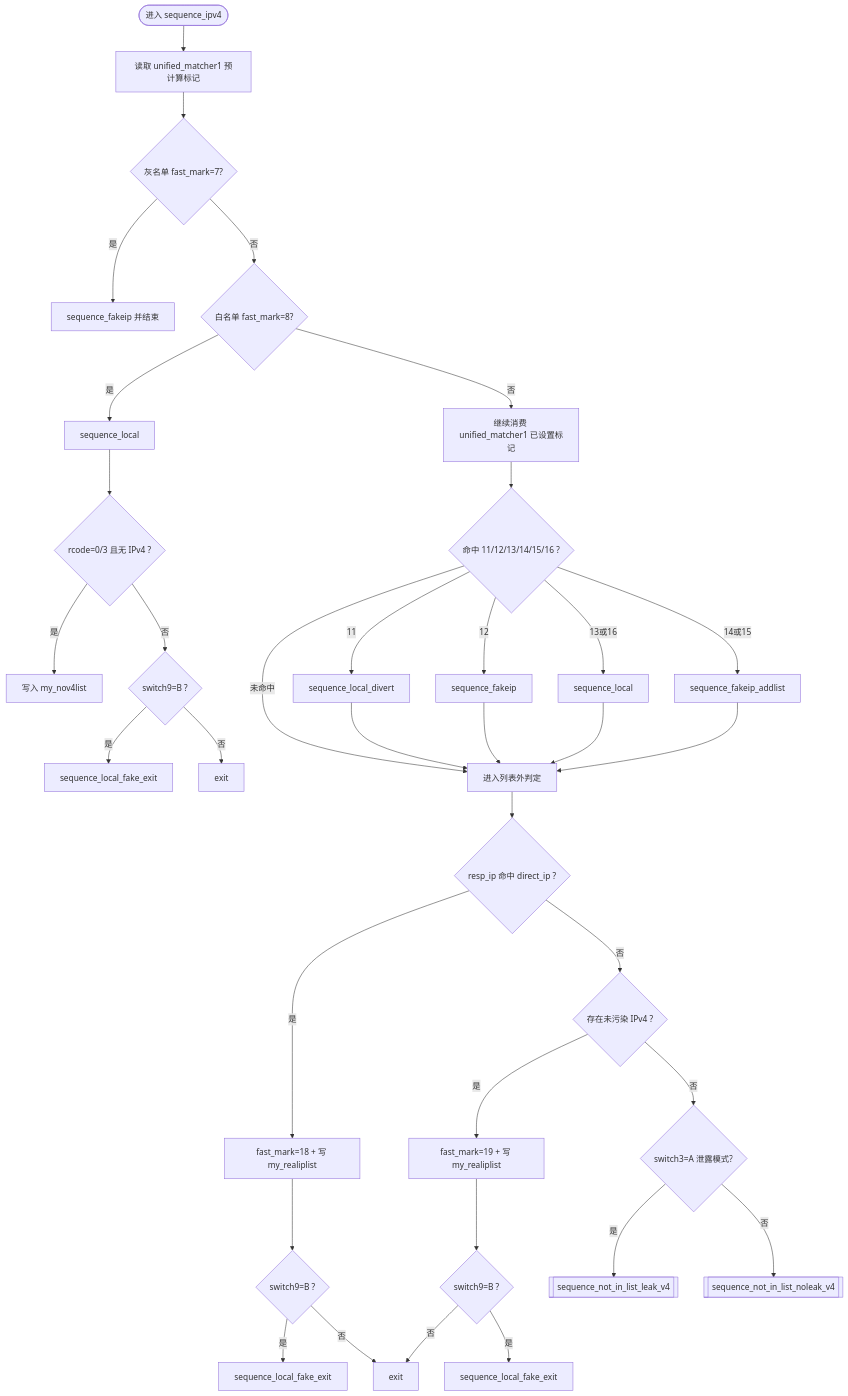
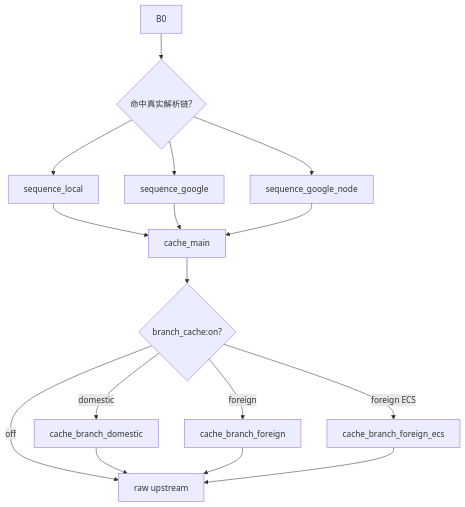
One commit to msm9527/mosdns changed the second of 4 diagrams in docs/DNS_FLOW_VISUAL_ORDER.md. Above: the diagram before and after it, drawn with Mermaid. The commit also changed other lines of this file and 27 other files, not shown here.

Commit message:
重构缓存策略与 FakeIP 缓存控制 / Refactor cache policies and FakeIP cache controls

````diff
--- a/docs/DNS_FLOW_VISUAL_ORDER.md
+++ b/docs/DNS_FLOW_VISUAL_ORDER.md
@@ -44,44 +18,18 @@
 ```mermaid
 flowchart TB
-    B0([进入 sequence_ipv4]) --> B1[读取 unified_matcher1 预计算标记]
-    B1 --> B2{灰名单 fast_mark=7?}
-    B2 -- 是 --> B3[sequence_fakeip 并结束]
-    B2 -- 否 --> B4{白名单 fast_mark=8?}
-    B4 -- 是 --> B5[sequence_local]
-    B4 -- 否 --> B9[继续消费 unified_matcher1 已设置标记]
-
-    B5 --> B6{rcode=0/3 且无 IPv4 ?}
-    B6 -- 是 --> B7[写入 my_nov4list]
-    B6 -- 否 --> B8{switch9=B ?}
-    B8 -- 是 --> B8A[sequence_local_fake_exit]
-    B8 -- 否 --> B8B[exit]
-
-    B9 --> B10{命中 11/12/13/14/15/16 ?}
-    B10 -- 11 --> B11[sequence_local_divert]
-    B10 -- 12 --> B12[sequence_fakeip]
-    B10 -- 13或16 --> B13[sequence_local]
-    B10 -- 14或15 --> B14[sequence_fakeip_addlist]
-    B10 -- 未命中 --> B15[进入列表外判定]
-
-    B11 --> B15
-    B12 --> B15
-    B13 --> B15
-    B14 --> B15
-
-    B15 --> B16{resp_ip 命中 direct_ip ?}
-    B16 -- 是 --> B17[fast_mark=18 + 写 my_realiplist]
-    B16 -- 否 --> B20{存在未污染 IPv4 ?}
-
-    B17 --> B18{switch9=B ?}
-    B18 -- 是 --> B19[sequence_local_fake_exit]
-    B18 -- 否 --> BEND[exit]
-
-    B20 -- 是 --> B21[fast_mark=19 + 写 my_realiplist]
-    B20 -- 否 --> B22{switch3=A 泄露模式?}
-    B21 --> B23{switch9=B ?}
-    B23 -- 是 --> B24[sequence_local_fake_exit]
-    B23 -- 否 --> BEND
-
-    B22 -- 是 --> B25[[sequence_not_in_list_leak_v4]]
-    B22 -- 否 --> B26[[sequence_not_in_list_noleak_v4]]
+    B0 --> B1{命中真实解析链?}
+    B1 --> B2[sequence_local]
+    B1 --> B3[sequence_google]
+    B1 --> B4[sequence_google_node]
+    B2 --> B5[cache_main]
+    B3 --> B5
+    B4 --> B5
+    B5 --> B6{branch_cache:on?}
+    B6 -- domestic --> B7[cache_branch_domestic]
+    B6 -- foreign --> B8[cache_branch_foreign]
+    B6 -- foreign ECS --> B9[cache_branch_foreign_ecs]
+    B6 -- off --> B10[raw upstream]
+    B7 --> B10
+    B8 --> B10
+    B9 --> B10
 ```
````
